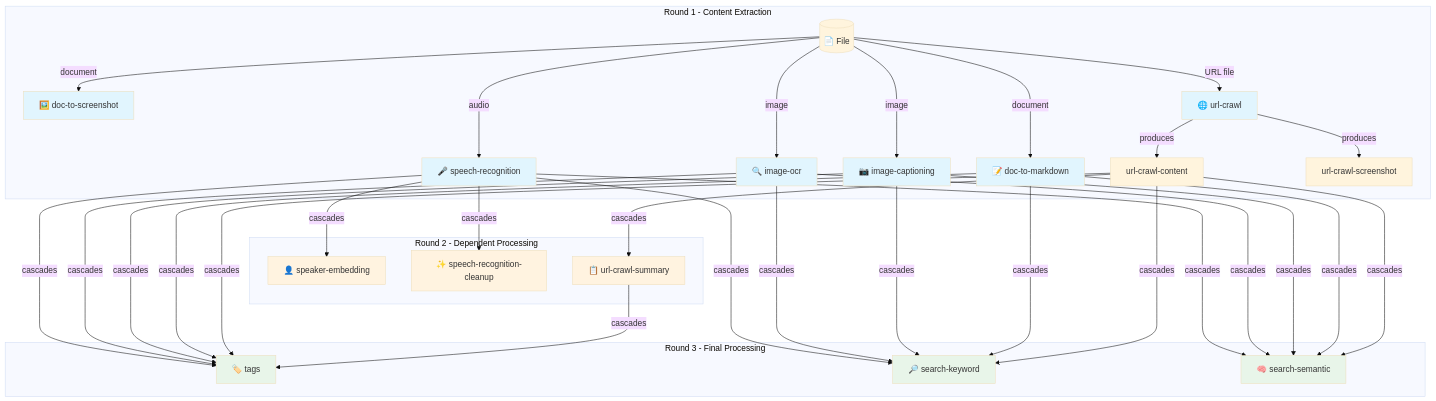
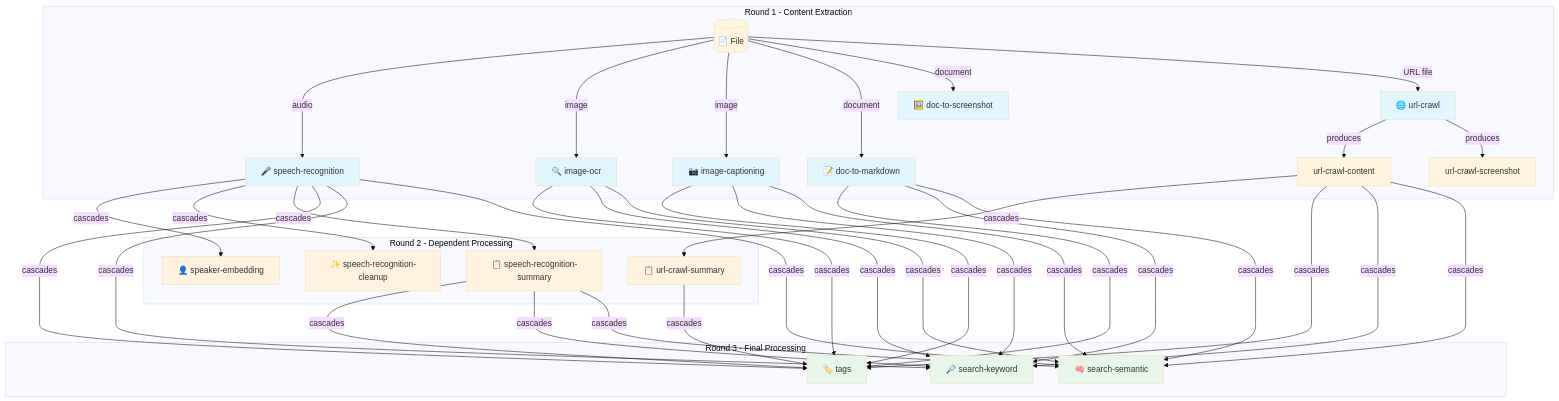
Before and after one commit to xiaoyuanzhu-com/my-life-db: the diagram in docs/digest.md, drawn with Mermaid (base theme). The commit also changed other lines of this file and 4 other files, not shown here.

First line of the commit message:
feat: introduce speech-recognition-summary digester

````diff
--- a/docs/digest.md
+++ b/docs/digest.md
@@ -410,58 +415,63 @@
 ```mermaid
 flowchart TD
     subgraph "Round 1 - Content Extraction"
         FILE[("📄 File")]
 
         FILE --> |"audio"| SR["🎤 speech-recognition"]
         FILE --> |"image"| IO["🔍 image-ocr"]
         FILE --> |"image"| IC["📷 image-captioning"]
         FILE --> |"document"| DTM["📝 doc-to-markdown"]
         FILE --> |"document"| DTS["🖼️ doc-to-screenshot"]
         FILE --> |"URL file"| UC["🌐 url-crawl"]
 
         UC --> |"produces"| UCC["url-crawl-content"]
         UC --> |"produces"| UCSS["url-crawl-screenshot"]
     end
 
     subgraph "Round 2 - Dependent Processing"
         SR --> |"cascades"| SE["👤 speaker-embedding"]
         SR --> |"cascades"| TC["✨ speech-recognition-cleanup"]
+        SR --> |"cascades"| SRSUM["📋 speech-recognition-summary"]
         UCC --> |"cascades"| UCSUM["📋 url-crawl-summary"]
     end
 
     subgraph "Round 3 - Final Processing"
         SR --> |"cascades"| TAGS["🏷️ tags"]
         IO --> |"cascades"| TAGS
         IC --> |"cascades"| TAGS
         DTM --> |"cascades"| TAGS
         UCC --> |"cascades"| TAGS
         UCSUM --> |"cascades"| TAGS
+        SRSUM --> |"cascades"| TAGS
 
         SR --> |"cascades"| SK["🔎 search-keyword"]
         IO --> |"cascades"| SK
         IC --> |"cascades"| SK
         DTM --> |"cascades"| SK
         UCC --> |"cascades"| SK
+        SRSUM --> |"cascades"| SK
 
         SR --> |"cascades"| SS["🧠 search-semantic"]
         IO --> |"cascades"| SS
         IC --> |"cascades"| SS
         DTM --> |"cascades"| SS
         UCC --> |"cascades"| SS
+        SRSUM --> |"cascades"| SS
     end
 
     style SR fill:#e1f5fe
     style IO fill:#e1f5fe
     style IC fill:#e1f5fe
     style DTM fill:#e1f5fe
     style DTS fill:#e1f5fe
     style UC fill:#e1f5fe
 
     style SE fill:#fff3e0
     style TC fill:#fff3e0
+    style SRSUM fill:#fff3e0
     style UCSUM fill:#fff3e0
 
     style TAGS fill:#e8f5e9
     style SK fill:#e8f5e9
     style SS fill:#e8f5e9
 ```
````
